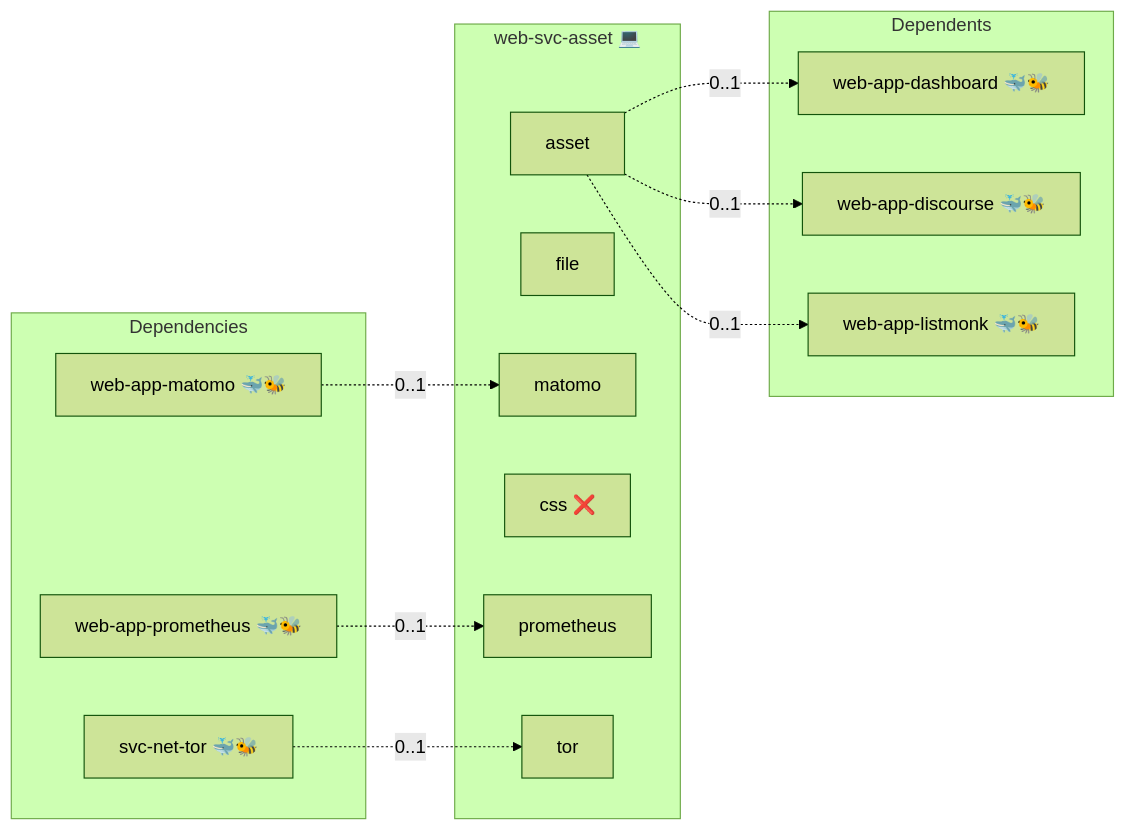
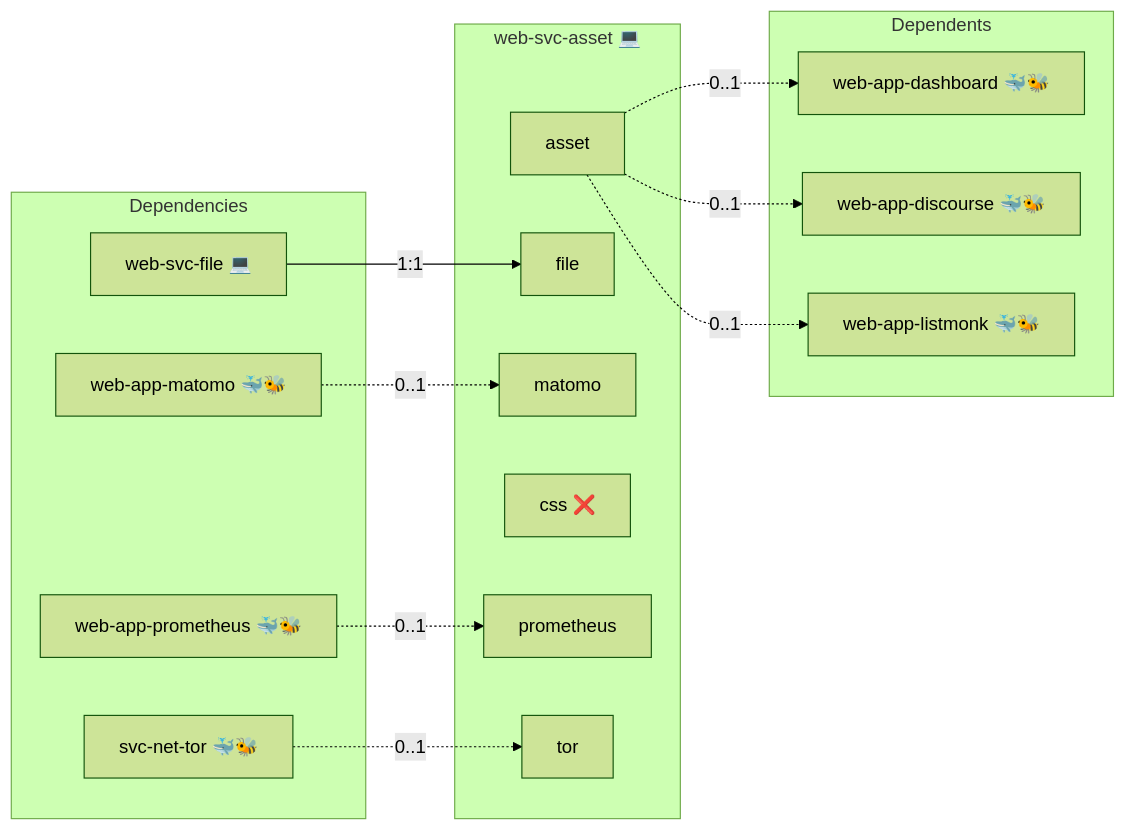
Before and after one commit to AlejandroRomanIbanez/infinito-nexus: the diagram in roles/web-svc-asset/README.md, drawn with Mermaid (forest theme). The commit also changed other lines of this file and 256 other files, not shown here.

````diff
--- a/roles/web-svc-asset/README.md
+++ b/roles/web-svc-asset/README.md
@@ -15,27 +15,29 @@
 ```mermaid
 flowchart LR
     subgraph deps [Dependencies]
         dep_svc_net_tor["svc-net-tor 🐳🐝"]
         dep_web_app_matomo["web-app-matomo 🐳🐝"]
         dep_web_app_prometheus["web-app-prometheus 🐳🐝"]
+        dep_web_svc_file["web-svc-file 💻"]
     end
     subgraph role [web-svc-asset 💻]
         svc_asset["asset"]
         svc_file["file"]
         svc_matomo["matomo"]
         svc_css["css ❌"]
         svc_prometheus["prometheus"]
         svc_tor["tor"]
     end
     subgraph dependents [Dependents]
         dpt_web_app_dashboard["web-app-dashboard 🐳🐝"]
         dpt_web_app_discourse["web-app-discourse 🐳🐝"]
         dpt_web_app_listmonk["web-app-listmonk 🐳🐝"]
     end
     dep_svc_net_tor -. "0..1" .-> svc_tor
     dep_web_app_matomo -. "0..1" .-> svc_matomo
     dep_web_app_prometheus -. "0..1" .-> svc_prometheus
+    dep_web_svc_file -- "1:1" --> svc_file
     svc_asset -. "0..1" .-> dpt_web_app_dashboard
     svc_asset -. "0..1" .-> dpt_web_app_discourse
     svc_asset -. "0..1" .-> dpt_web_app_listmonk
 ```
````
